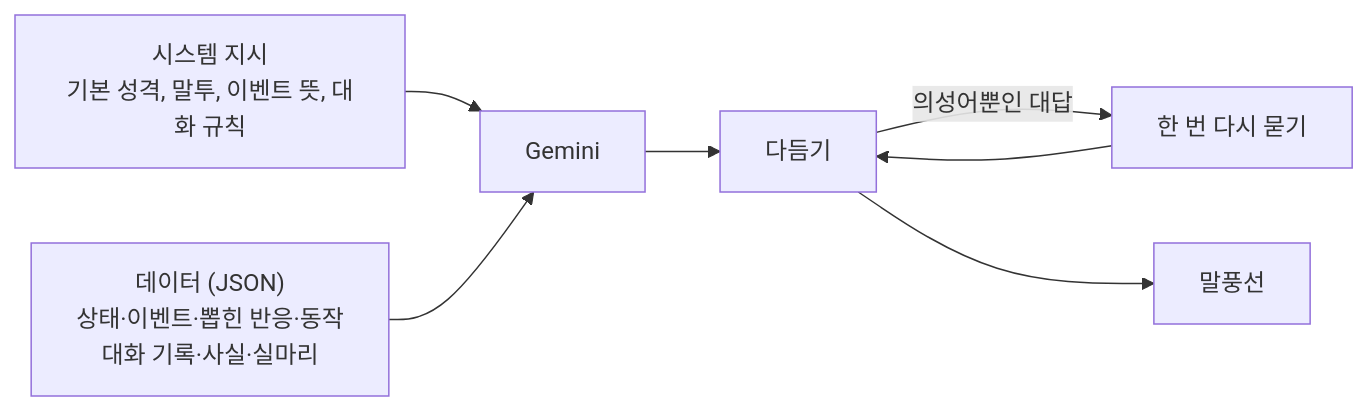
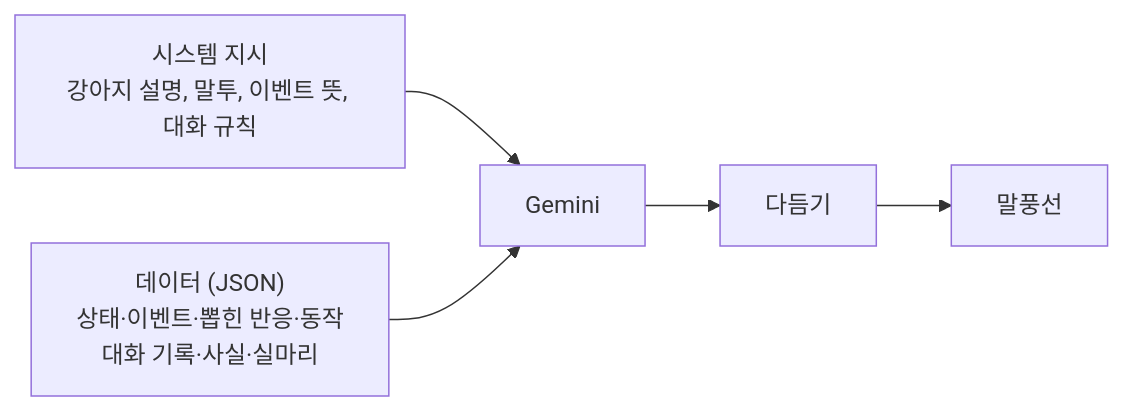
The sixth of 9 diagrams in ARCHITECTURE.md (HEOSEONGILml/AssistantChatBot), drawn with Mermaid before and after one commit. The commit also changed other lines of this file and 117 other files, not shown here.

````diff
--- a/ARCHITECTURE.md
+++ b/ARCHITECTURE.md
@@ -340,9 +273,7 @@
 ```mermaid
 flowchart LR
-  SYS["시스템 지시<br>기본 성격, 말투, 이벤트 뜻, 대화 규칙"] --> G["Gemini"]
+  SYS["시스템 지시<br>강아지 설명, 말투, 이벤트 뜻, 대화 규칙"] --> G["Gemini"]
   DATA["데이터 (JSON)<br>상태·이벤트·뽑힌 반응·동작<br>대화 기록·사실·실마리"] --> G
   G --> T["다듬기"]
-  T -->|"의성어뿐인 대답"| RE["한 번 다시 묻기"]
-  RE --> T
   T --> OUT["말풍선"]
 ```
````
